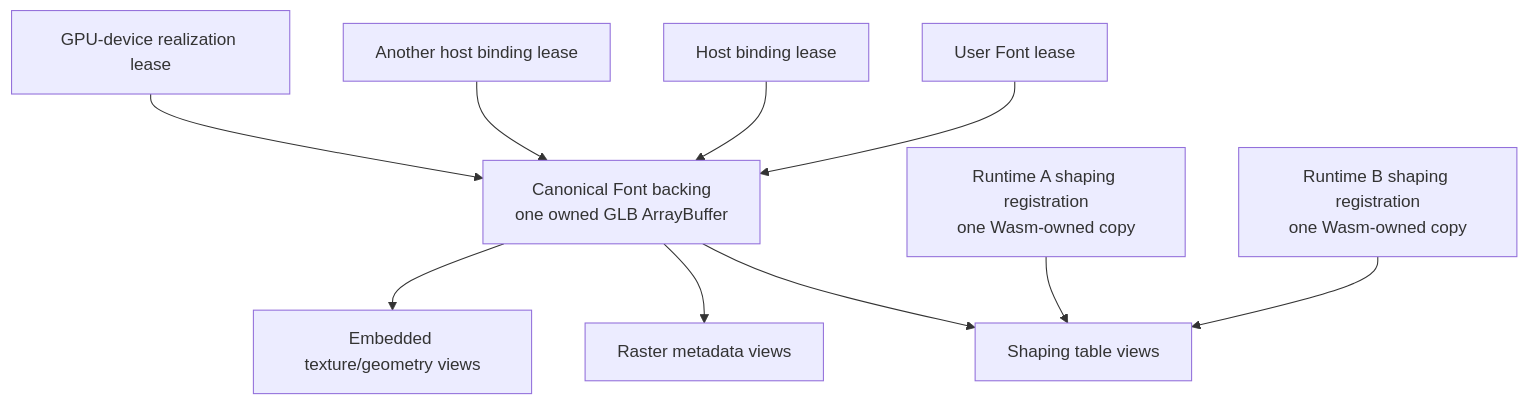
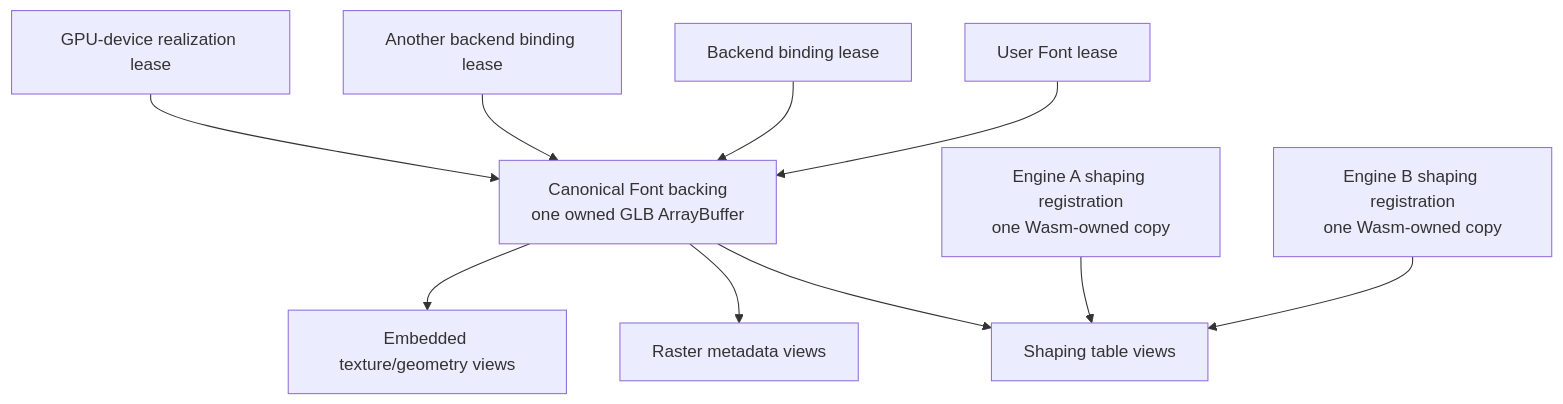
The second of 9 diagrams in docs/planning/font-runtime-ownership.md (pmndrs/glyph), drawn with Mermaid before and after one commit. The commit also changed other lines of this file and 82 other files, not shown here.

````diff
--- a/docs/planning/font-runtime-ownership.md
+++ b/docs/planning/font-runtime-ownership.md
@@ -158,12 +156,12 @@
 ```mermaid
 flowchart TD
   U[User Font lease] --> B[Canonical Font backing\none owned GLB ArrayBuffer]
-  HB1[Host binding lease] --> B
-  HB2[Another host binding lease] --> B
+  HB1[Backend binding lease] --> B
+  HB2[Another backend binding lease] --> B
   D1[GPU-device realization lease] --> B
   B --> V1[Shaping table views]
   B --> V2[Raster metadata views]
   B --> V3[Embedded texture/geometry views]
-  RB1[Runtime A shaping registration\none Wasm-owned copy] --> V1
-  RB2[Runtime B shaping registration\none Wasm-owned copy] --> V1
+  RB1[Engine A shaping registration\none Wasm-owned copy] --> V1
+  RB2[Engine B shaping registration\none Wasm-owned copy] --> V1
 ```
````
